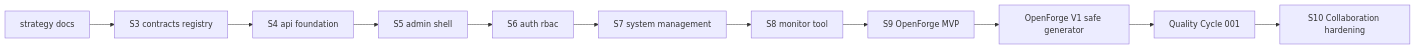
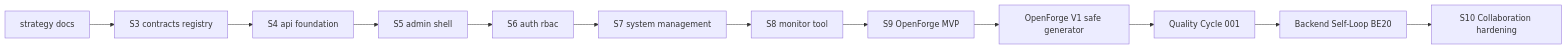
Before and after one commit to Gan-Xing/OpenCore: the second of 3 diagrams in docs/strategy/staged-roadmap.md, drawn with Mermaid. The commit also changed other lines of this file and 23 other files, not shown here.

First line of the commit message:
docs(docs): reconcile backend self-loop documentation / 对齐后端自循环文档状态

````diff
--- a/docs/strategy/staged-roadmap.md
+++ b/docs/strategy/staged-roadmap.md
@@ -47,13 +48,14 @@
 ```mermaid
 flowchart LR
   DOCS[strategy docs] --> S3[S3 contracts registry]
   S3 --> S4[S4 api foundation]
   S4 --> S5[S5 admin shell]
   S5 --> S6[S6 auth rbac]
   S6 --> S7[S7 system management]
   S7 --> S8[S8 monitor tool]
   S8 --> S9[S9 OpenForge MVP]
   S9 --> V1[OpenForge V1 safe generator]
   V1 --> Q001[Quality Cycle 001]
-  Q001 --> S10[S10 Collaboration hardening]
+  Q001 --> BE20[Backend Self-Loop BE20]
+  BE20 --> S10[S10 Collaboration hardening]
 ```
````
